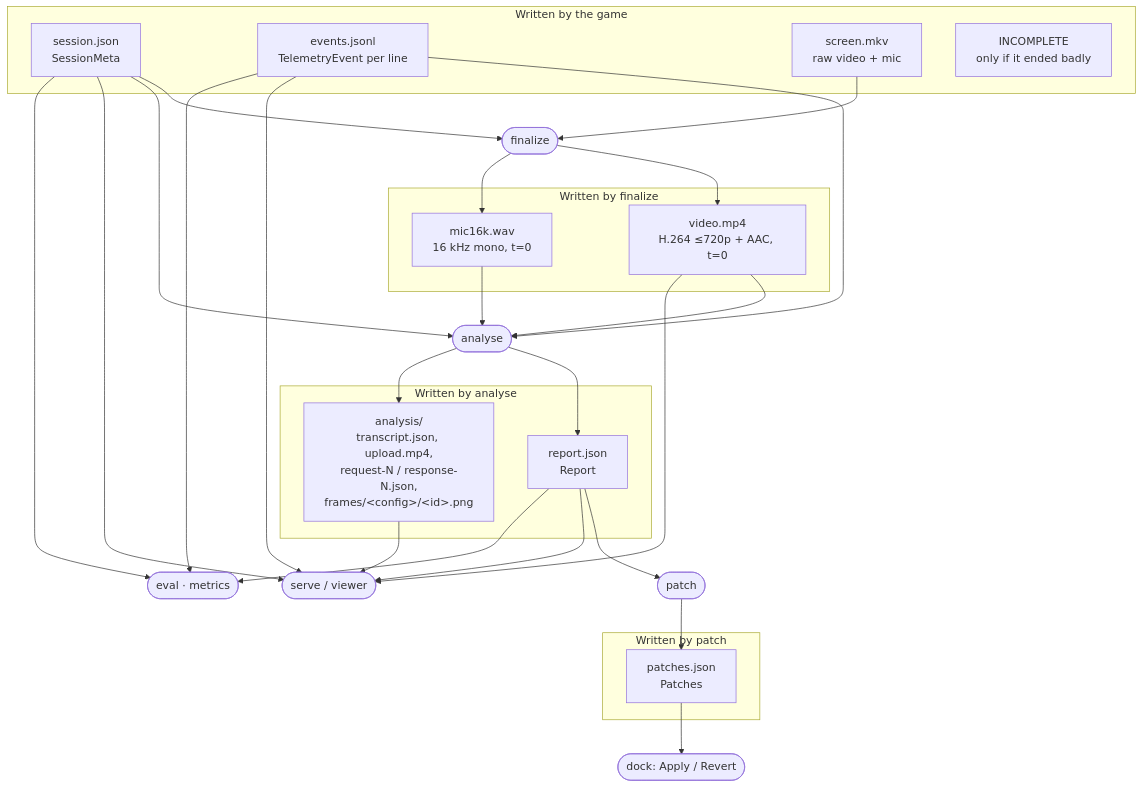
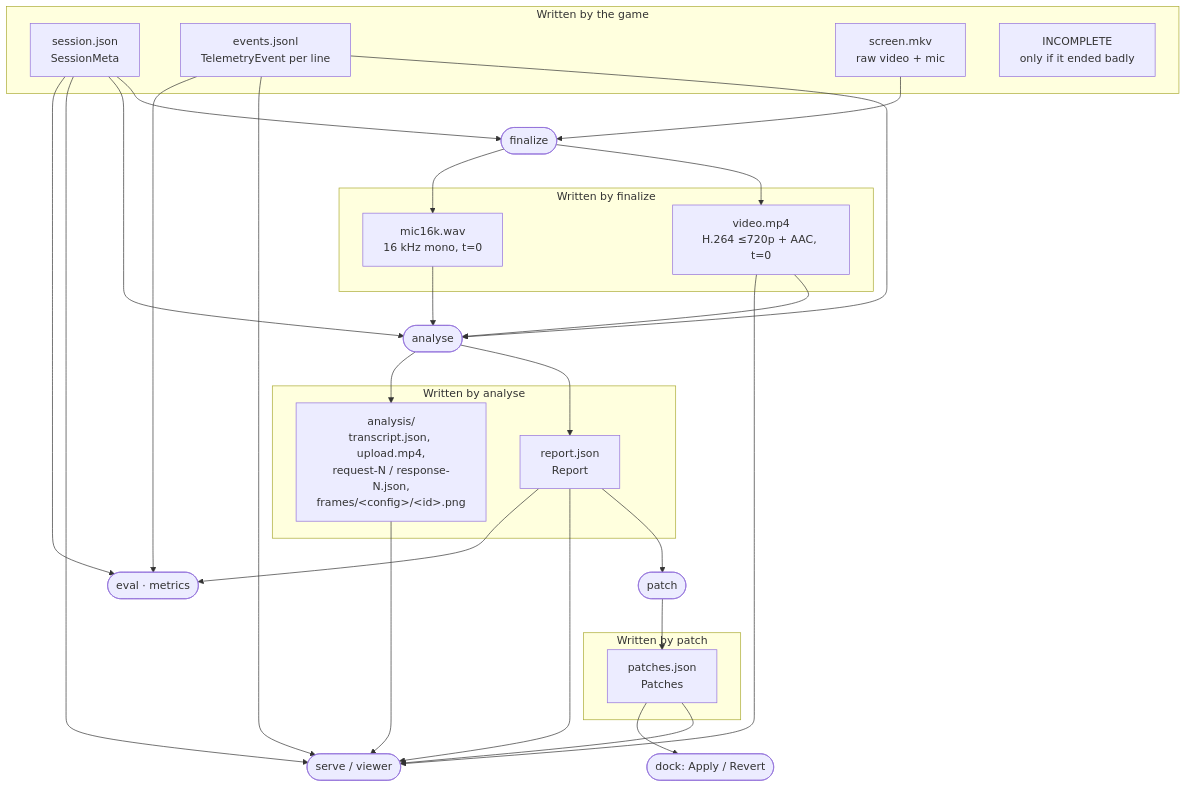
Before and after one commit to tornupgaming/playtest-analyst: the third of 9 diagrams in docs/architecture.md, drawn with Mermaid. The commit also changed other lines of this file and 10 other files, not shown here.

First line of the commit message:
Viewer: glass 'studio' layout with an uncovered video, a finding inspector and a labelled timeline

````diff
--- a/docs/architecture.md
+++ b/docs/architecture.md
@@ -136,27 +136,28 @@
 ```mermaid
 flowchart TB
   subgraph Written_by_Godot["Written by the game"]
     SJ["session.json<br/>SessionMeta"]
     EV["events.jsonl<br/>TelemetryEvent per line"]
     MKV["screen.mkv<br/>raw video + mic"]
     INC["INCOMPLETE<br/>only if it ended badly"]
   end
   subgraph Written_by_finalize["Written by finalize"]
     MP4["video.mp4<br/>H.264 ≤720p + AAC, t=0"]
     WAV["mic16k.wav<br/>16 kHz mono, t=0"]
   end
   subgraph Written_by_analyse["Written by analyse"]
     REP["report.json<br/>Report"]
     AN["analysis/<br/>transcript.json, upload.mp4,<br/>request-N / response-N.json,<br/>frames/&lt;config&gt;/&lt;id&gt;.png"]
   end
   subgraph Written_by_patch["Written by patch"]
     PJ["patches.json<br/>Patches"]
   end
 
   SJ & MKV --> F(["finalize"]) --> MP4 & WAV
   SJ & EV & MP4 & WAV --> A(["analyse"]) --> REP & AN
   REP --> P(["patch"]) --> PJ
   SJ & EV & REP & MP4 & AN --> S(["serve / viewer"])
+  PJ --> S
   PJ --> D(["dock: Apply / Revert"])
   REP & EV & SJ --> E(["eval · metrics"])
 ```
````
